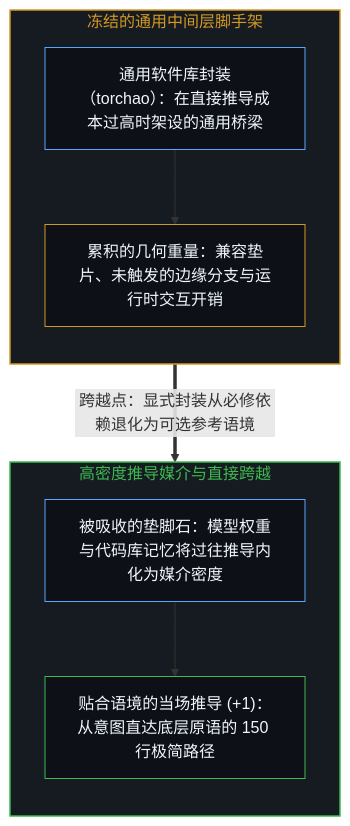
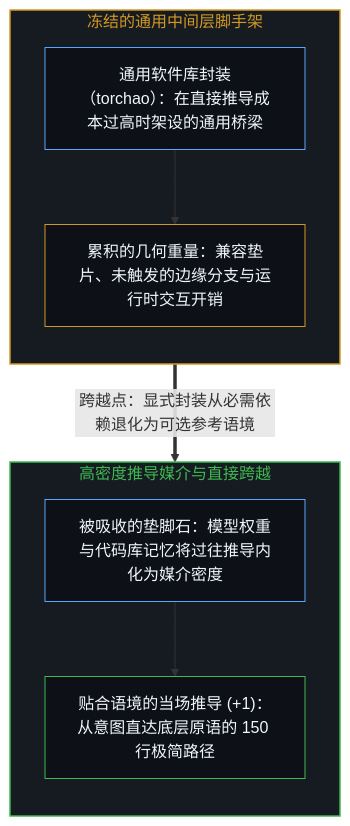
The first of 2 diagrams in content/posts/everything-is-changing-as-always.md (powerpig99/not-a-toe), drawn with Mermaid before and after one commit. The commit also changed other lines of this file and 5 other files, not shown here.

````diff
--- a/content/posts/everything-is-changing-as-always.md
+++ b/content/posts/everything-is-changing-as-always.md
@@ -17,22 +17,22 @@
 ```mermaid
 flowchart TD
     subgraph S_Frozen["冻结的通用中间层脚手架"]
         direction TB
         Bridge["通用软件库封装（torchao）：在直接推导成本过高时架设的通用桥梁"]
         Weight["累积的几何重量：兼容垫片、未触发的边缘分支与运行时交互开销"]
         Bridge --> Weight
     end
     subgraph S_Dense["高密度推导媒介与直接跨越"]
         direction TB
         Absorb["被吸收的垫脚石：模型权重与代码库记忆将过往推导内化为媒介密度"]
         Minimal["贴合语境的当场推导 (+1)：从意图直达底层原语的 150 行极简路径"]
         Absorb --> Minimal
     end
-    Weight ==>|"跨越点：显式封装从必修依赖退化为可选参考语境"| Absorb
+    Weight ==>|"跨越点：显式封装从必需依赖退化为可选参考语境"| Absorb
     style S_Frozen fill:#161b22,stroke:#d29922,stroke-width:1.5px,color:#d29922
     style S_Dense fill:#161b22,stroke:#3fb950,stroke-width:1.5px,color:#3fb950
     style Bridge fill:#0d1117,stroke:#58a6ff,stroke-width:1px,color:#f0f6fc
     style Weight fill:#0d1117,stroke:#d29922,stroke-width:1px,color:#f0f6fc
     style Absorb fill:#0d1117,stroke:#58a6ff,stroke-width:1px,color:#f0f6fc
     style Minimal fill:#0d1117,stroke:#3fb950,stroke-width:1px,color:#f0f6fc
 ```
````
